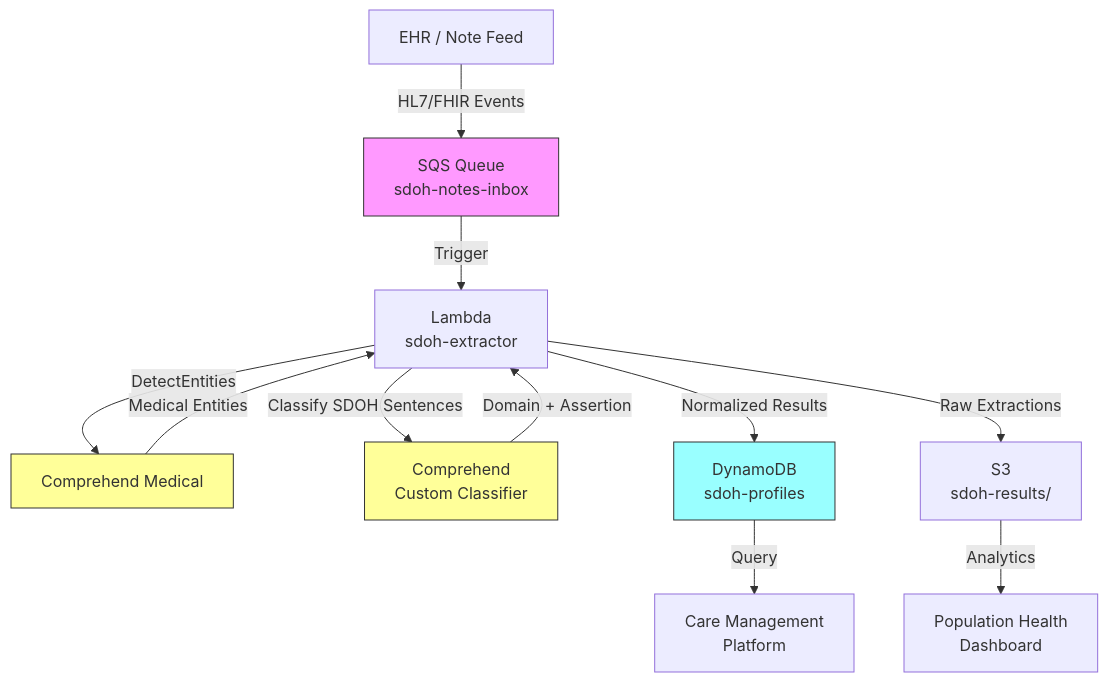
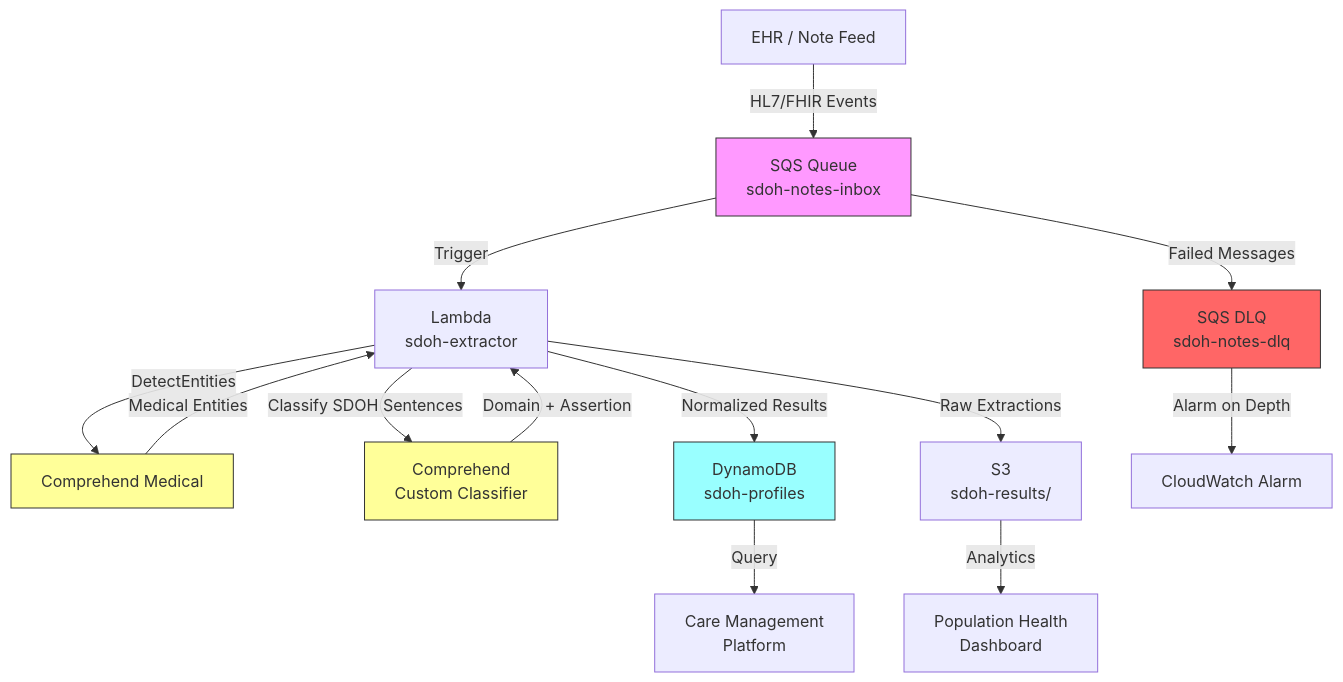
One commit to ccrngd1/HCLS-ai-book changed the diagram in chapter08.06-architecture.md. Above: the diagram before and after it, drawn with Mermaid. The commit also changed other lines of this file and 7 other files, not shown here.

````diff
--- a/chapter08.06-architecture.md
+++ b/chapter08.06-architecture.md
@@ -25,18 +25,21 @@
 ```mermaid
 flowchart TD
     A[EHR / Note Feed] -->|HL7/FHIR Events| B[SQS Queue\nsdoh-notes-inbox]
     B -->|Trigger| C[Lambda\nsdoh-extractor]
     C -->|DetectEntities| D[Comprehend Medical]
     D -->|Medical Entities| C
     C -->|Classify SDOH Sentences| E[Comprehend\nCustom Classifier]
     E -->|Domain + Assertion| C
     C -->|Normalized Results| F[DynamoDB\nsdoh-profiles]
     C -->|Raw Extractions| G[S3\nsdoh-results/]
     F -->|Query| H[Care Management\nPlatform]
     G -->|Analytics| I[Population Health\nDashboard]
+    B -->|Failed Messages| J[SQS DLQ\nsdoh-notes-dlq]
+    J -->|Alarm on Depth| K[CloudWatch Alarm]
 
     style B fill:#f9f,stroke:#333
     style D fill:#ff9,stroke:#333
     style E fill:#ff9,stroke:#333
     style F fill:#9ff,stroke:#333
+    style J fill:#f66,stroke:#333
 ```
````
